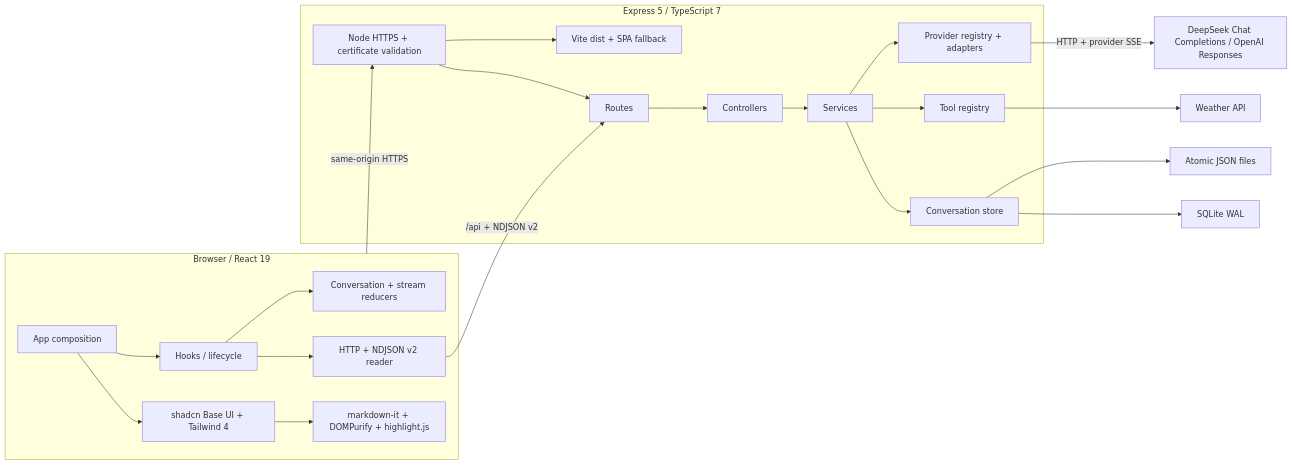
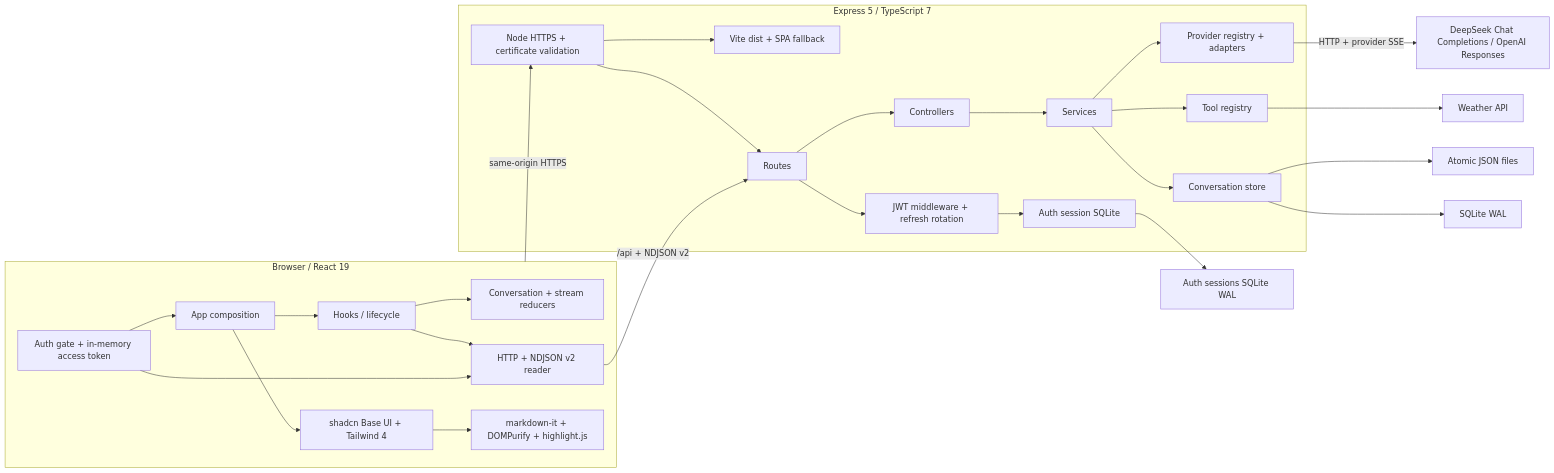
The first of 9 diagrams in docs/architecture.md (imingsmings/chatbot-dev), drawn with Mermaid before and after one commit. The commit also changed other lines of this file and 69 other files, not shown here.

First line of the commit message:
feat(auth): add single-user jwt authentication

````diff
--- a/docs/architecture.md
+++ b/docs/architecture.md
@@ -7,39 +7,46 @@
 ```mermaid
 flowchart LR
   subgraph Browser["Browser / React 19"]
     App["App composition"]
     UI["shadcn Base UI + Tailwind 4"]
     Hooks["Hooks / lifecycle"]
     Reducers["Conversation + stream reducers"]
     ClientAPI["HTTP + NDJSON v2 reader"]
+    AuthClient["Auth gate + in-memory access token"]
     Markdown["markdown-it + DOMPurify + highlight.js"]
     App --> UI
     App --> Hooks
     Hooks --> Reducers
     Hooks --> ClientAPI
+    AuthClient --> App
+    AuthClient --> ClientAPI
     UI --> Markdown
   end
 
   subgraph Server["Express 5 / TypeScript 7"]
     TLS["Node HTTPS + certificate validation"]
     Static["Vite dist + SPA fallback"]
     Routes["Routes"] --> Controllers["Controllers"] --> Services["Services"]
+    Routes --> Auth["JWT middleware + refresh rotation"]
     Services --> LLM["Provider registry + adapters"]
     Services --> Tools["Tool registry"]
     Services --> Store["Conversation store"]
+    Auth --> AuthStore["Auth session SQLite"]
     TLS --> Static
     TLS --> Routes
   end
 
   Providers["DeepSeek Chat Completions / OpenAI Responses"]
   Weather["Weather API"]
   Files["Atomic JSON files"]
   SQLite["SQLite WAL"]
+  SessionDB["Auth sessions SQLite WAL"]
 
   Browser -->|"same-origin HTTPS"| TLS
   ClientAPI -->|"/api + NDJSON v2"| Routes
   LLM -->|"HTTP + provider SSE"| Providers
   Tools --> Weather
   Store --> Files
   Store --> SQLite
+  AuthStore --> SessionDB
 ```
````
